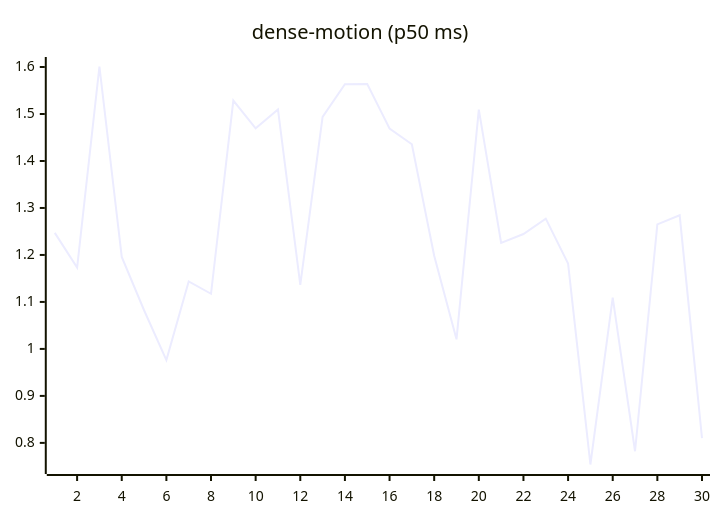
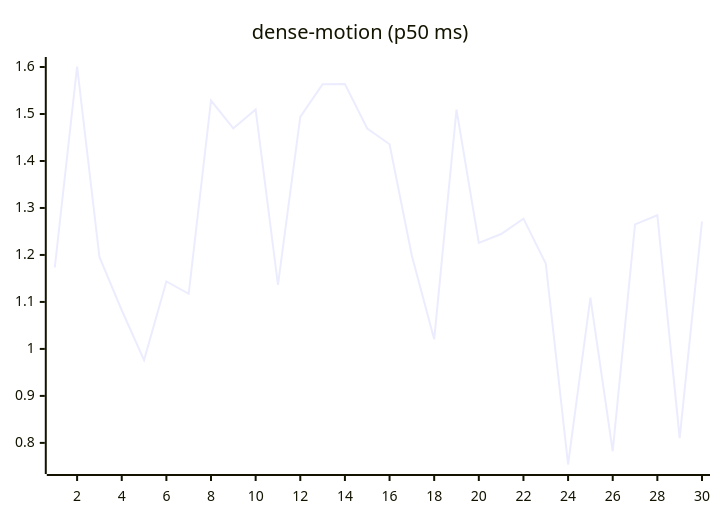
Before and after one commit to josha/Facet: the ninth of 27 diagrams in README.md, drawn with Mermaid. The commit also changed other lines of this file and 2 other files, not shown here.

````diff
--- a/README.md
+++ b/README.md
@@ -119,6 +119,6 @@
 ```mermaid
 xychart-beta
     title "dense-motion (p50 ms)"
     x-axis 1 --> 30
-    line [1.2469, 1.1733, 1.6011, 1.1959, 1.0823, 0.9763, 1.1436, 1.1174, 1.5286, 1.4695, 1.5096, 1.1365, 1.4939, 1.5634, 1.5638, 1.4692, 1.4355, 1.1984, 1.0205, 1.5093, 1.2258, 1.2445, 1.2773, 1.1817, 0.7540, 1.1093, 0.7822, 1.2651, 1.2846, 0.8102]
+    line [1.1733, 1.6011, 1.1959, 1.0823, 0.9763, 1.1436, 1.1174, 1.5286, 1.4695, 1.5096, 1.1365, 1.4939, 1.5634, 1.5638, 1.4692, 1.4355, 1.1984, 1.0205, 1.5093, 1.2258, 1.2445, 1.2773, 1.1817, 0.7540, 1.1093, 0.7822, 1.2651, 1.2846, 0.8102, 1.2712]
 ```
````
